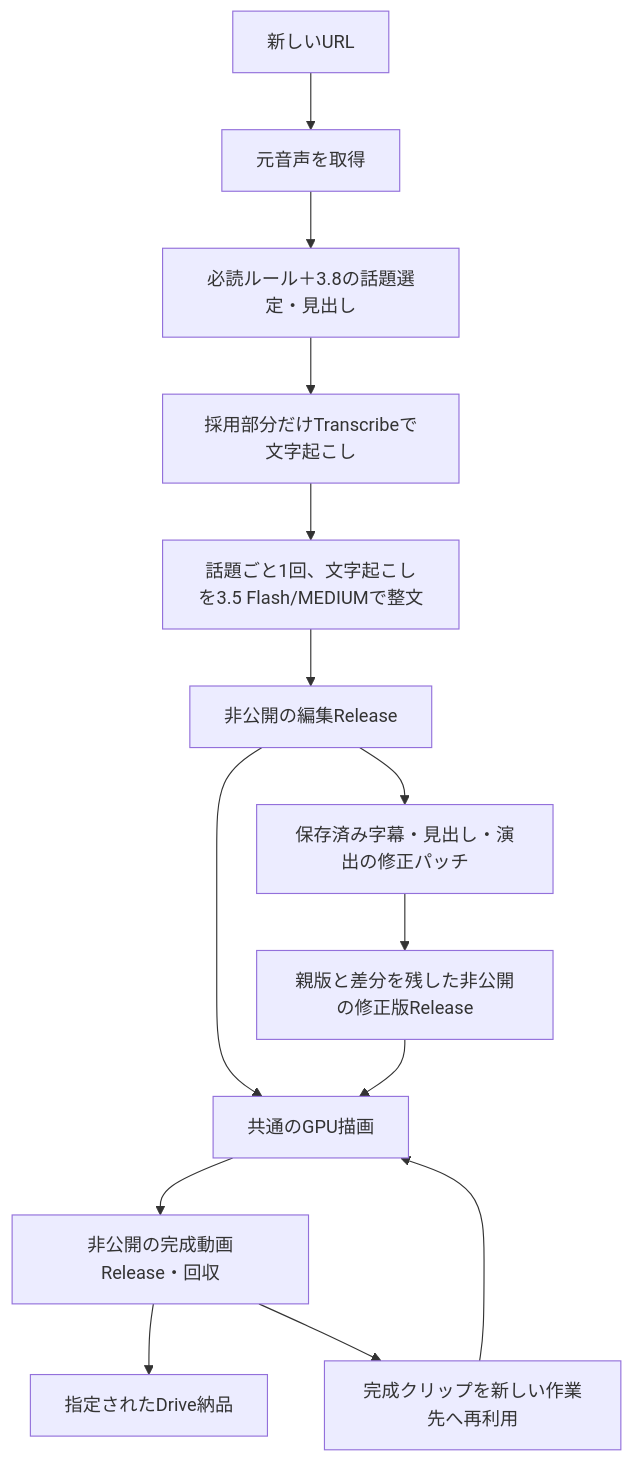
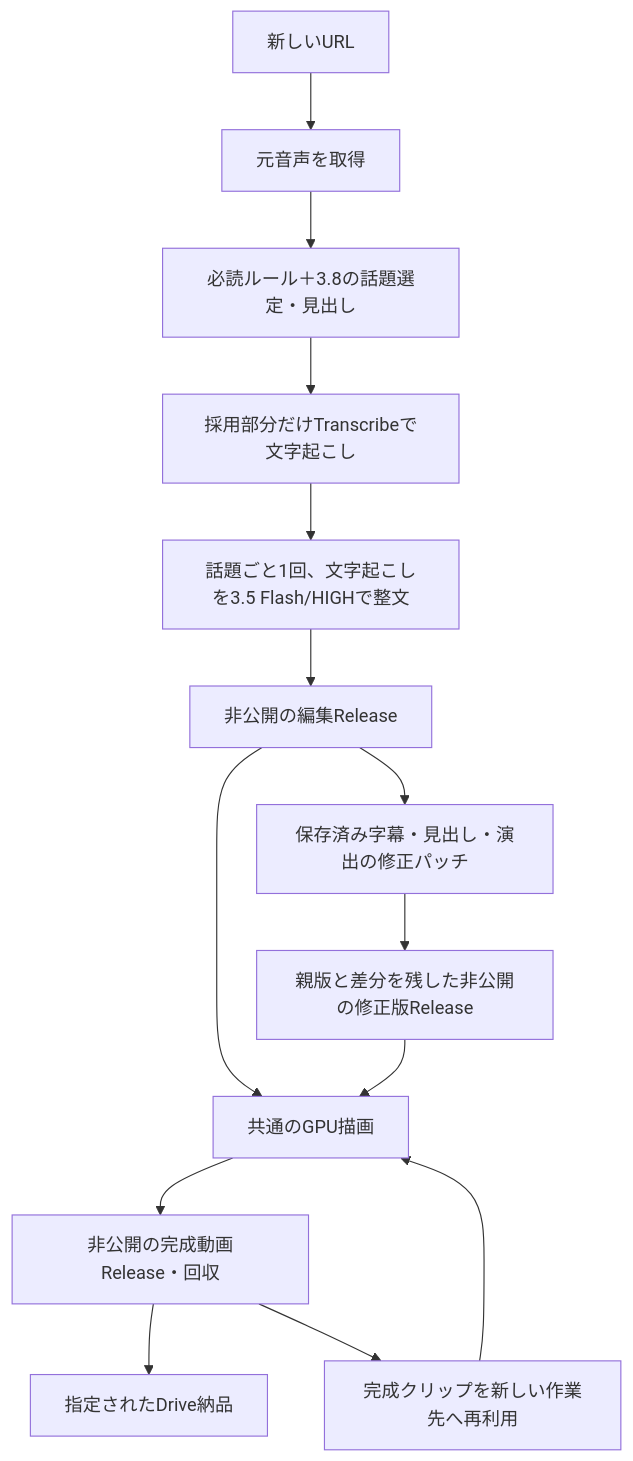
The diagram in docs/PRODUCTION_AND_REVISION.md (nyu1791-collab/ClipForge), drawn with Mermaid before and after one commit. The commit also changed 6 other files, not shown here.

````diff
--- a/docs/PRODUCTION_AND_REVISION.md
+++ b/docs/PRODUCTION_AND_REVISION.md
@@ -9,16 +9,16 @@
 ```mermaid
 flowchart TD
   A[新しいURL] --> B[元音声を取得]
   B --> C[必読ルール＋3.8の話題選定・見出し]
   C --> X[採用部分だけTranscribeで文字起こし]
-  X --> D[話題ごと1回、文字起こしを3.5 Flash/MEDIUMで整文]
+  X --> D[話題ごと1回、文字起こしを3.5 Flash/HIGHで整文]
   D --> E[非公開の編集Release]
   E --> F[共通のGPU描画]
   F --> G[非公開の完成動画Release・回収]
   G --> H[指定されたDrive納品]
   E --> I[保存済み字幕・見出し・演出の修正パッチ]
   I --> J[親版と差分を残した非公開の修正版Release]
   J --> F
   G --> K[完成クリップを新しい作業先へ再利用]
   K --> F
 ```
````
